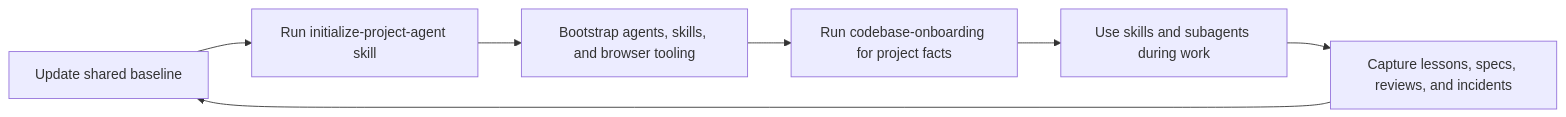
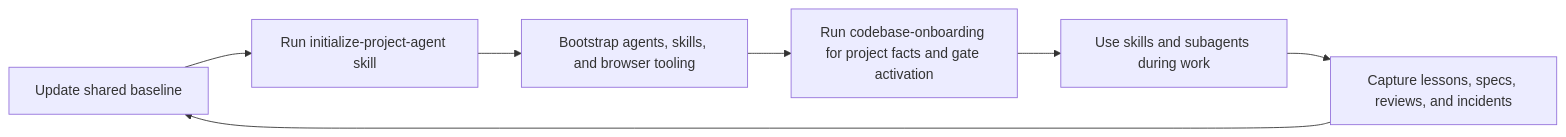
Before and after one commit to aloilor/lean-coding-agent: the first of 4 diagrams in README.md, drawn with Mermaid. The commit also changed other lines of this file and 10 other files, not shown here.

First line of the commit message:
feat(quality): activate Laravel gate in onboarding and test via Sail

````diff
--- a/README.md
+++ b/README.md
@@ -40,9 +40,9 @@
 ```mermaid
 flowchart LR
     A[Update shared baseline] --> B[Run initialize-project-agent skill]
     B --> C[Bootstrap agents, skills, and browser tooling]
-    C --> D[Run codebase-onboarding for project facts]
+    C --> D[Run codebase-onboarding for project facts and gate activation]
     D --> E[Use skills and subagents during work]
     E --> F[Capture lessons, specs, reviews, and incidents]
     F --> A
 ```
````
